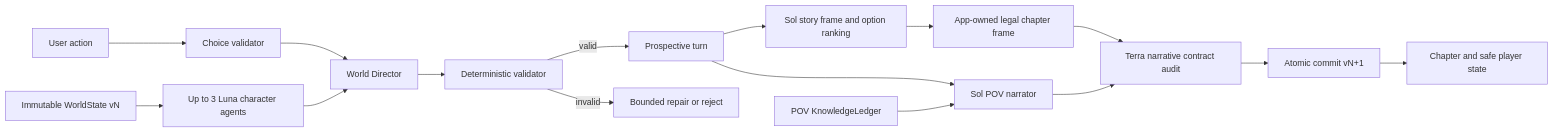
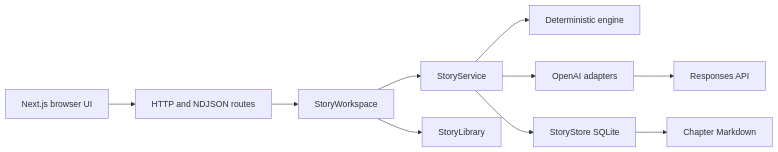
Before and after one commit to shivam-g10/infinite-litrpg: the first of 2 diagrams in docs/ARCHITECTURE.md, drawn with Mermaid. The commit also changed other lines of this file and 156 other files, not shown here.

````diff
--- a/docs/ARCHITECTURE.md
+++ b/docs/ARCHITECTURE.md
@@ -7,18 +5,12 @@
 ```mermaid
 flowchart LR
-    U["User action"] --> P["Choice validator"]
-    S["Immutable WorldState vN"] --> A["Up to 3 Luna character agents"]
-    P --> D["World Director"]
-    A --> D
-    D --> V["Deterministic validator"]
-    V -->|valid| T["Prospective turn"]
-    V -->|invalid| R["Bounded repair or reject"]
-    T --> F["Sol story frame and option ranking"]
-    F --> G["App-owned legal chapter frame"]
-    T --> N["Sol POV narrator"]
-    K["POV KnowledgeLedger"] --> N
-    G --> Q
-    N --> Q["Terra narrative contract audit"]
-    Q --> C["Atomic commit vN+1"]
-    C --> H["Chapter and safe player state"]
+    B["Next.js browser UI"] --> H["HTTP and NDJSON routes"]
+    H --> W["StoryWorkspace"]
+    W --> S["StoryService"]
+    S --> E["Deterministic engine"]
+    S --> O["OpenAI adapters"]
+    O --> R["Responses API"]
+    S --> D["StoryStore SQLite"]
+    D --> M["Chapter Markdown"]
+    W --> L["StoryLibrary"]
 ```
````
